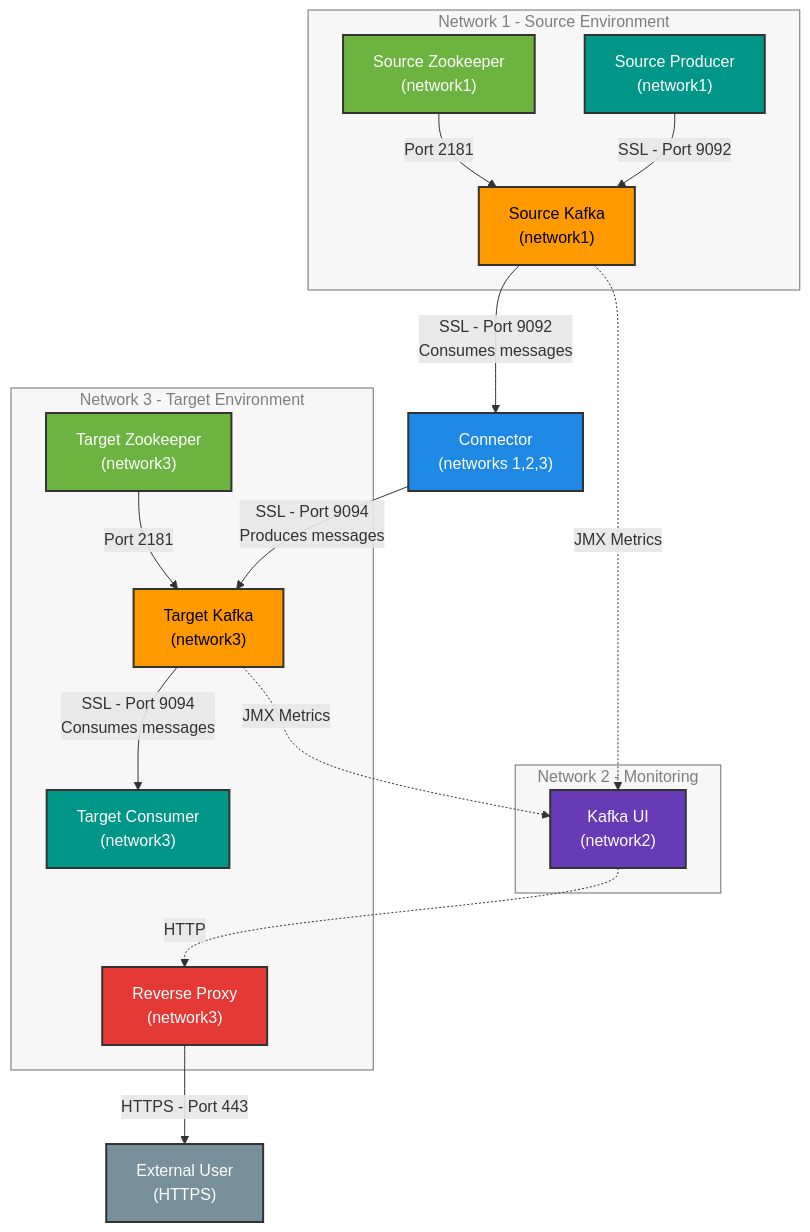
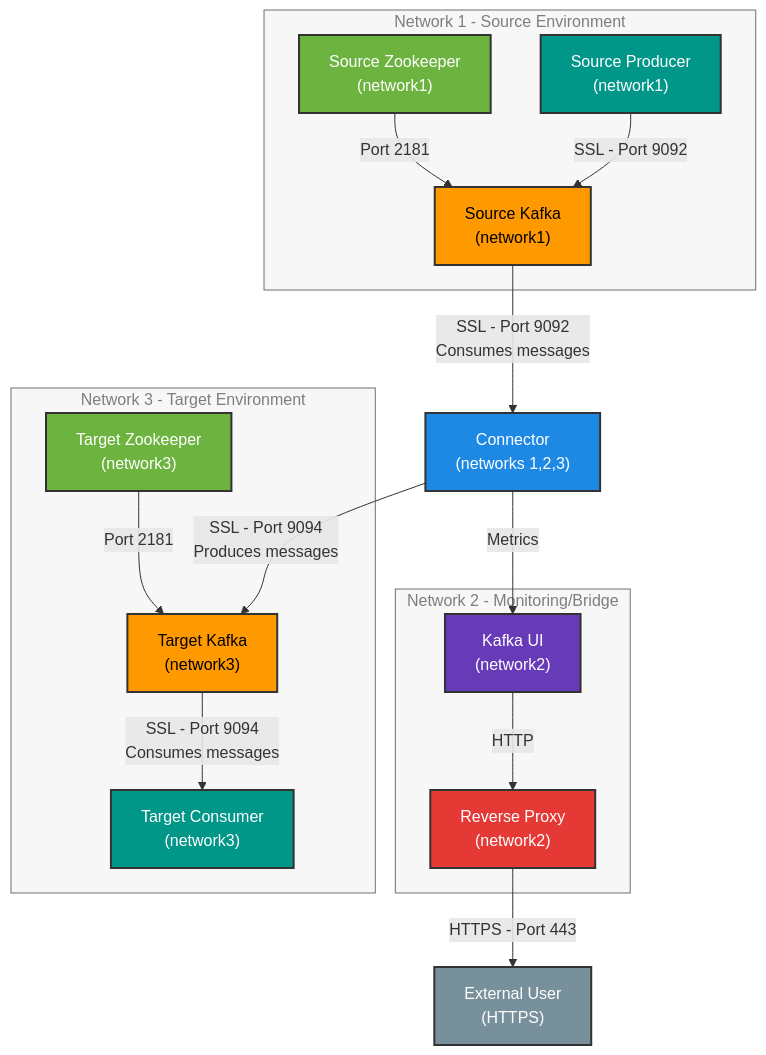
One commit to khandaa/data-streaming-v2 changed the first of 2 diagrams in architecture.md. Above: the diagram before and after it, drawn with Mermaid. The commit also changed other lines of this file and 5 other files, not shown here.

Commit message:
refactor: reorganize network architecture to isolate Kafka brokers and centralize connector as bridge

````diff
--- a/architecture.md
+++ b/architecture.md
@@ -7,79 +7,80 @@
 ```mermaid
 graph TD
     %% Define all components
     %% Network 1 - Source Components
     SZK["Source Zookeeper\n(network1)"] 
     SKFK["Source Kafka\n(network1)"]
     SPROD["Source Producer\n(network1)"]
     
     %% Network 2 - Bridge Components
-    CONN["Connector\n(networks 1,2,3)"]
     KUI["Kafka UI\n(network2)"]
+    RPROXY["Reverse Proxy\n(network2)"]
     
     %% Network 3 - Target Components
     TZK["Target Zookeeper\n(network3)"]
     TKFK["Target Kafka\n(network3)"]
     TCONS["Target Consumer\n(network3)"]
-    RPROXY["Reverse Proxy\n(network3)"]
+    
+    %% Connector with access to all networks
+    CONN["Connector\n(networks 1,2,3)"]
     
     %% External User
     USER["External User\n(HTTPS)"]
     
     %% Network 1 connections
     SZK -->|"Port 2181"| SKFK
     SPROD -->|"SSL - Port 9092"| SKFK
     
     %% Connector connections to network 1
     SKFK -->|"SSL - Port 9092\nConsumes messages"| CONN
     
     %% Network 3 connections
     TZK -->|"Port 2181"| TKFK
     CONN -->|"SSL - Port 9094\nProduces messages"| TKFK
     TKFK -->|"SSL - Port 9094\nConsumes messages"| TCONS
-    KUI -.->|"HTTP"| RPROXY
+    
+    %% Network 2 connections
     RPROXY -->|"HTTPS - Port 443"| USER
-    
-    %% UI connections
-    SKFK -.->|"JMX Metrics"| KUI
-    TKFK -.->|"JMX Metrics"| KUI
+    CONN -->|"Metrics"| KUI
+    KUI -->|"HTTP"| RPROXY
     
     %% Network boundaries
     subgraph NETWORK1["Network 1 - Source Environment"]
         SZK
         SKFK
         SPROD
     end
     
-    subgraph NETWORK2["Network 2 - Monitoring"]
+    subgraph NETWORK2["Network 2 - Monitoring/Bridge"]
         KUI
+        RPROXY
     end
     
     subgraph NETWORK3["Network 3 - Target Environment"]
         TZK
         TKFK
         TCONS
-        RPROXY
     end
     
     %% Connector spans multiple networks
     CONN
     
     %% Styling
     classDef zkStyle fill:#6db33f,stroke:#333,stroke-width:2px,color:white
     classDef kafkaStyle fill:#ff9900,stroke:#333,stroke-width:2px,color:black
     classDef connectorStyle fill:#1e88e5,stroke:#333,stroke-width:2px,color:white
     classDef uiStyle fill:#673ab7,stroke:#333,stroke-width:2px,color:white
     classDef clientStyle fill:#009688,stroke:#333,stroke-width:2px,color:white
     classDef proxyStyle fill:#e53935,stroke:#333,stroke-width:2px,color:white
     classDef userStyle fill:#78909c,stroke:#333,stroke-width:2px,color:white
     classDef networkStyle fill:#f5f5f5,stroke:#333,stroke-width:1px,color:black,opacity:0.7
     
     class SZK,TZK zkStyle
     class SKFK,TKFK kafkaStyle
     class CONN connectorStyle
     class KUI uiStyle
     class SPROD,TCONS clientStyle
     class RPROXY proxyStyle
     class USER userStyle
     class NETWORK1,NETWORK2,NETWORK3 networkStyle
 ```
````
